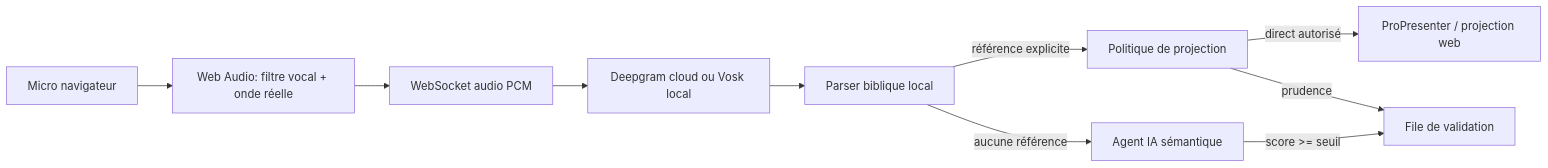
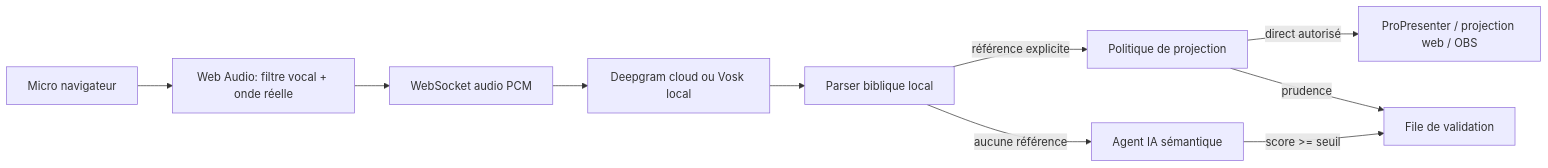
The diagram in v2/README.md (gafard/VersePro), drawn with Mermaid before and after one commit. The commit also changed other lines of this file and 27 other files, not shown here.

````diff
--- a/v2/README.md
+++ b/v2/README.md
@@ -108,12 +130,12 @@
 ```mermaid
 flowchart LR
   Mic["Micro navigateur"] --> Audio["Web Audio: filtre vocal + onde réelle"]
   Audio --> WS["WebSocket audio PCM"]
   WS --> ASR["Deepgram cloud ou Vosk local"]
   ASR --> Parser["Parser biblique local"]
   Parser -->|référence explicite| Policy["Politique de projection"]
   Parser -->|aucune référence| AI["Agent IA sémantique"]
   AI -->|score >= seuil| Queue["File de validation"]
-  Policy -->|direct autorisé| Projector["ProPresenter / projection web"]
+  Policy -->|direct autorisé| Projector["ProPresenter / projection web / OBS"]
   Policy -->|prudence| Queue
 ```
````
